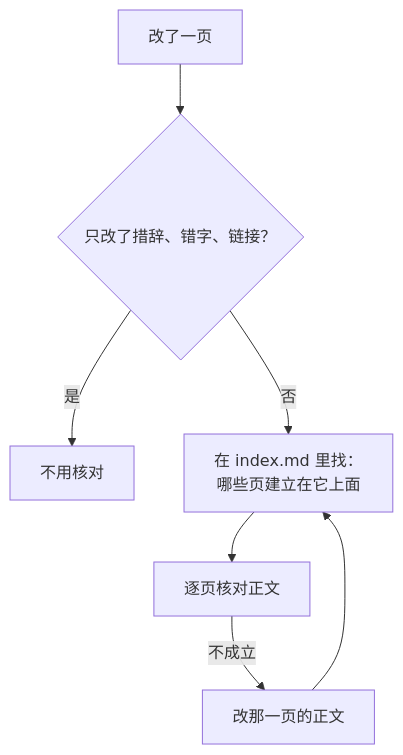
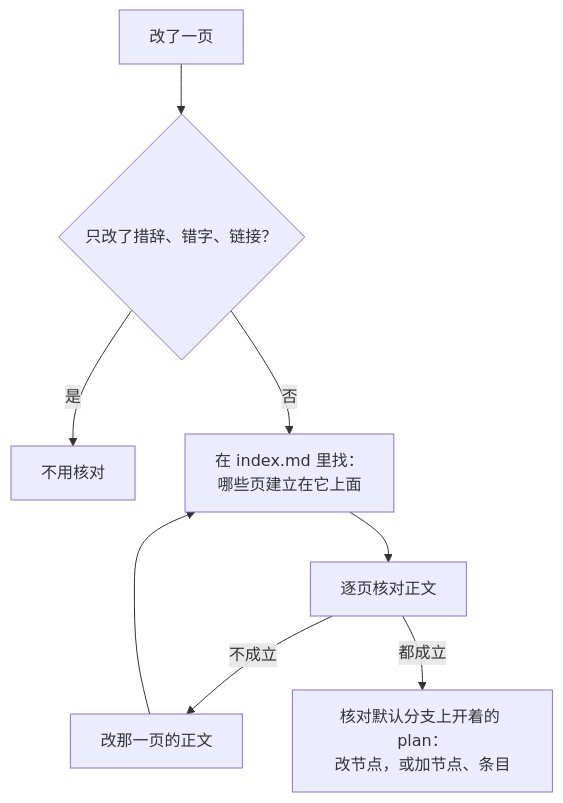
One commit to shiyuann/aboveloop changed the diagram in skills/knowledge/references/knowledge-base.md. Above: the diagram before and after it, drawn with Mermaid. The commit also changed other lines of this file and 37 other files, not shown here.

````diff
--- a/skills/knowledge/references/knowledge-base.md
+++ b/skills/knowledge/references/knowledge-base.md
@@ -82,9 +88,10 @@
 ```mermaid
 flowchart TB
   A["改了一页"] --> B{"只改了措辞、错字、链接？"}
   B -->|是| X["不用核对"]
   B -->|否| D["在 index.md 里找：<br/>哪些页建立在它上面"]
   D --> E["逐页核对正文"]
   E -->|不成立| G["改那一页的正文"]
   G --> D
+  E -->|都成立| P["核对默认分支上开着的 plan：<br/>改节点，或加节点、条目"]
 ```
````
